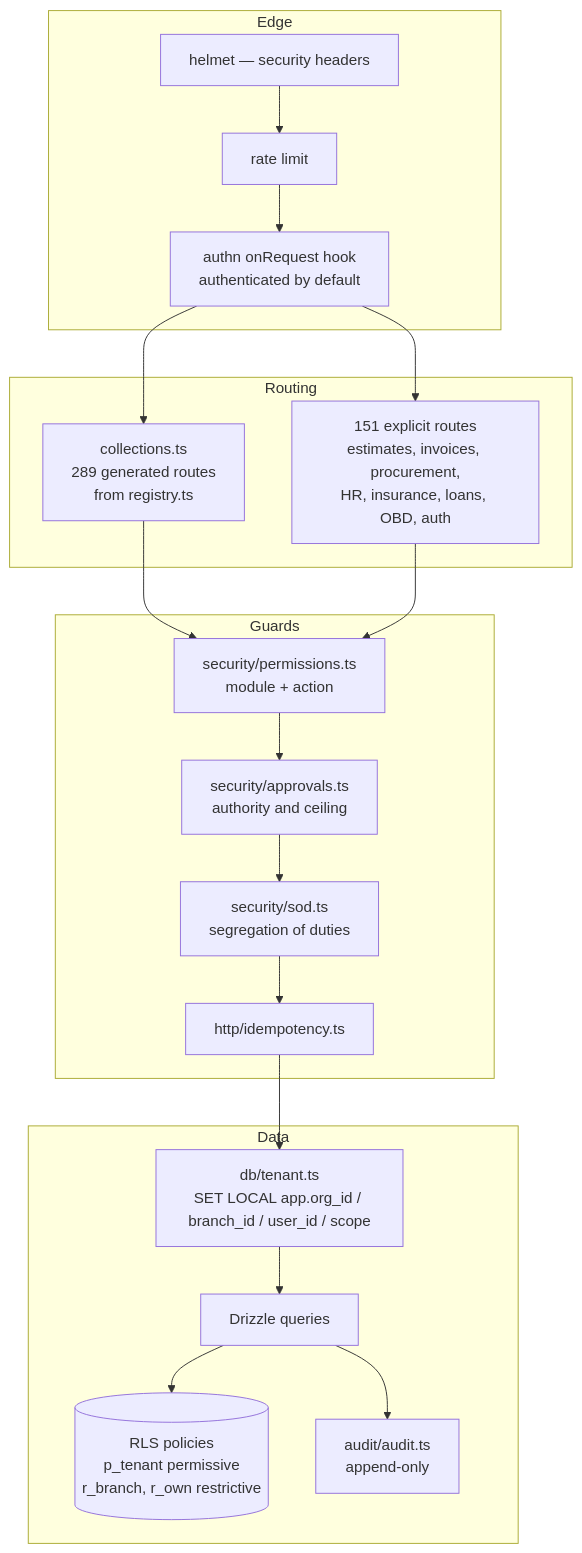
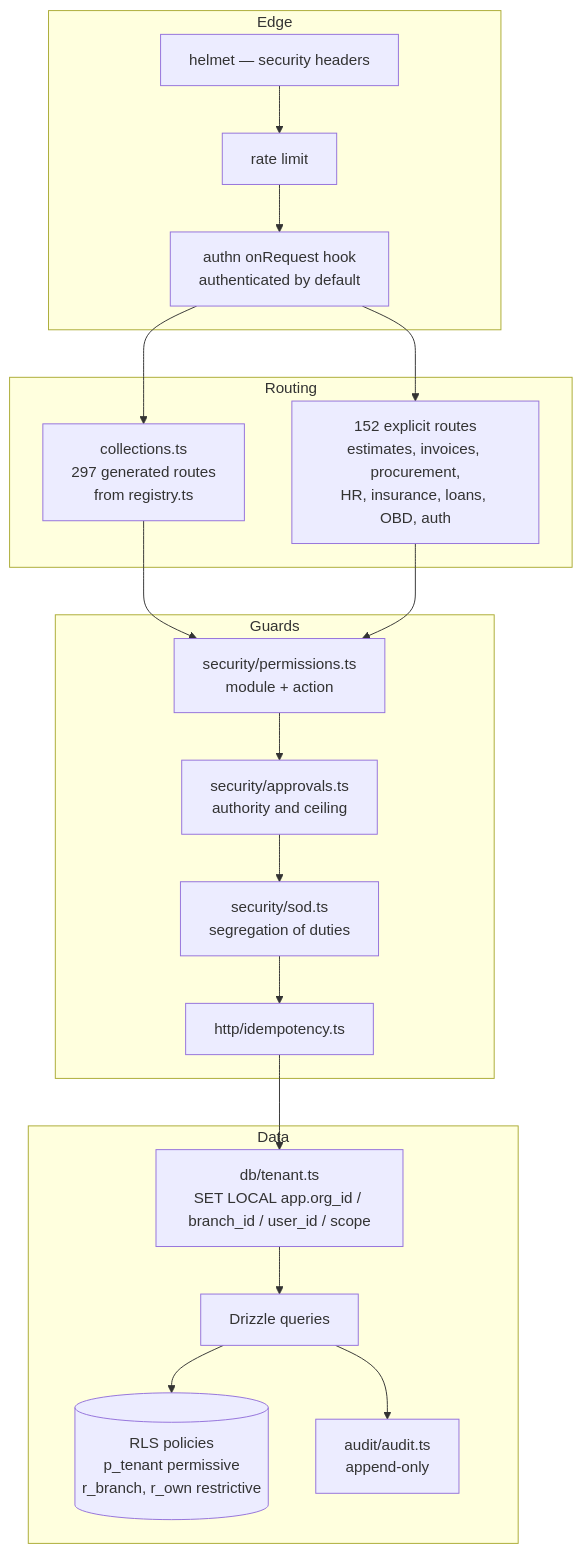
Before and after one commit to tazamohd/SlClNe: the third of 4 diagrams in docs/15_C4_ARCHITECTURE_DIAGRAMS/C4_MODEL.md, drawn with Mermaid. The commit also changed other lines of this file and 59 other files, not shown here.

````diff
--- a/docs/15_C4_ARCHITECTURE_DIAGRAMS/C4_MODEL.md
+++ b/docs/15_C4_ARCHITECTURE_DIAGRAMS/C4_MODEL.md
@@ -60,29 +60,29 @@
 ```mermaid
 flowchart TB
   subgraph edge[Edge]
     helmet["helmet — security headers"]
     rl["rate limit"]
     authn["authn onRequest hook<br/>authenticated by default"]
   end
   subgraph routing[Routing]
-    generic["collections.ts<br/>289 generated routes<br/>from registry.ts"]
-    explicit["151 explicit routes<br/>estimates, invoices, procurement,<br/>HR, insurance, loans, OBD, auth"]
+    generic["collections.ts<br/>297 generated routes<br/>from registry.ts"]
+    explicit["152 explicit routes<br/>estimates, invoices, procurement,<br/>HR, insurance, loans, OBD, auth"]
   end
   subgraph guards[Guards]
     perms["security/permissions.ts<br/>module + action"]
     approvals["security/approvals.ts<br/>authority and ceiling"]
     sod["security/sod.ts<br/>segregation of duties"]
     idem["http/idempotency.ts"]
   end
   subgraph data[Data]
     tenant["db/tenant.ts<br/>SET LOCAL app.org_id / branch_id / user_id / scope"]
     drizzle["Drizzle queries"]
     rls[("RLS policies<br/>p_tenant permissive<br/>r_branch, r_own restrictive")]
     audit["audit/audit.ts<br/>append-only"]
   end
   helmet --> rl --> authn --> generic
   authn --> explicit
   generic --> perms
   explicit --> perms --> approvals --> sod --> idem --> tenant --> drizzle --> rls
   drizzle --> audit
 ```
````
